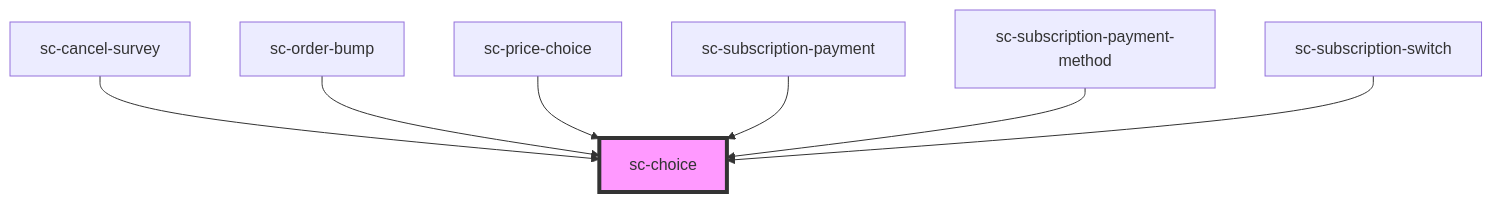
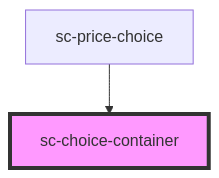
The diagram in packages/components/src/components/ui/choice-container/readme.md (surecart/surecart-wp-plugin), drawn with Mermaid before and after one commit. The commit also changed other lines of this file and 12 other files, not shown here.

````diff
--- a/packages/components/src/components/ui/choice-container/readme.md
+++ b/packages/components/src/components/ui/choice-container/readme.md
@@ -102,10 +93,5 @@
 ```mermaid
 graph TD;
-  sc-cancel-survey --> sc-choice
-  sc-order-bump --> sc-choice
-  sc-price-choice --> sc-choice
-  sc-subscription-payment --> sc-choice
-  sc-subscription-payment-method --> sc-choice
-  sc-subscription-switch --> sc-choice
-  style sc-choice fill:#f9f,stroke:#333,stroke-width:4px
+  sc-price-choice --> sc-choice-container
+  style sc-choice-container fill:#f9f,stroke:#333,stroke-width:4px
 ```
````
